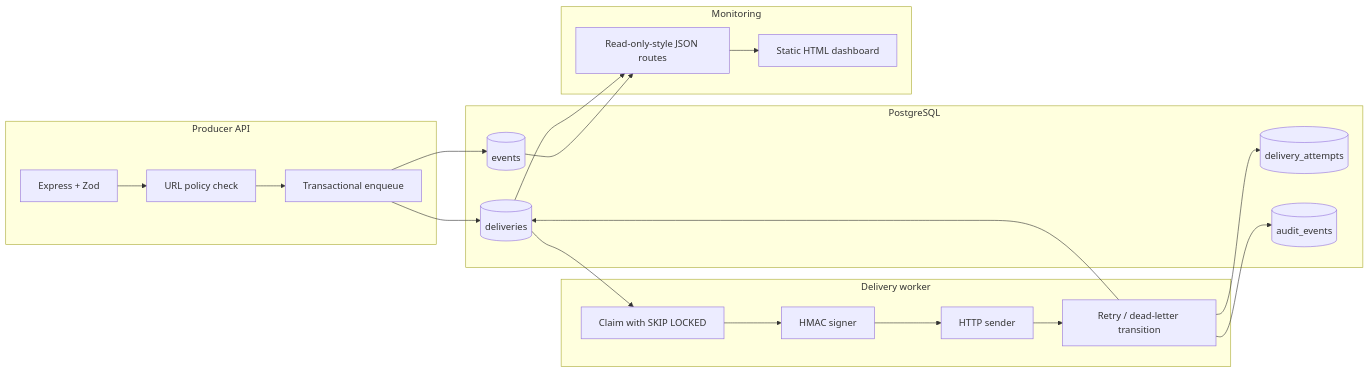
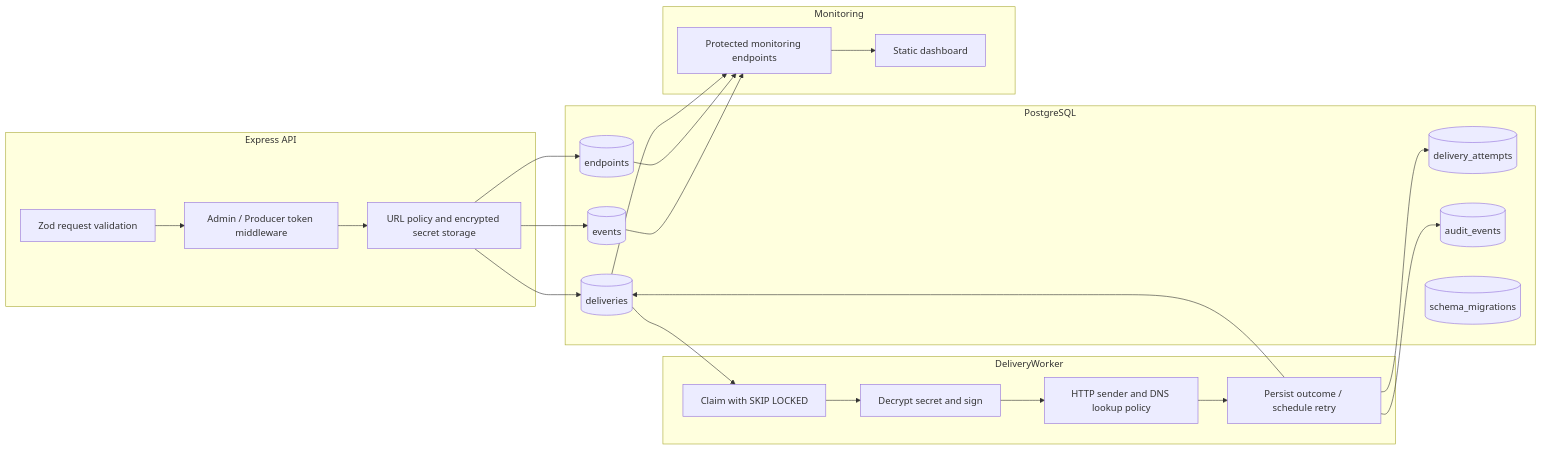
The second of 2 diagrams in README.md (tracolerd/outboxworks), drawn with Mermaid before and after one commit. The commit also changed other lines of this file and 19 other files, not shown here.

```diff
--- a/README.md
+++ b/README.md
@@ -110,36 +116,39 @@
 ~~~mermaid
 flowchart LR
-    subgraph API[Producer API]
-      A[Express + Zod]
-      B[URL policy check]
-      C[Transactional enqueue]
-      A --> B
-      B --> C
+    subgraph API[Express API]
+      A[Zod request validation]
+      B[Admin / Producer token middleware]
+      C[URL policy and encrypted secret storage]
+      A --> B --> C
     end
-    subgraph DB[PostgreSQL]
-      E[(events)]
+    subgraph PostgreSQL
+      E[(endpoints)]
+      V[(events)]
       D[(deliveries)]
       T[(delivery_attempts)]
-      AU[(audit_events)]
+      U[(audit_events)]
+      S[(schema_migrations)]
     end
-    subgraph Worker[Delivery worker]
+    subgraph DeliveryWorker
       W[Claim with SKIP LOCKED]
-      S[HMAC signer]
-      H[HTTP sender]
-      R[Retry / dead-letter transition]
-      W --> S --> H --> R
+      K[Decrypt secret and sign]
+      H[HTTP sender and DNS lookup policy]
+      R[Persist outcome / schedule retry]
+      W --> K --> H --> R
     end
-    subgraph Monitor[Monitoring]
-      M[Read-only-style JSON routes]
-      UI[Static HTML dashboard]
+    subgraph Monitoring
+      M[Protected monitoring endpoints]
+      UI[Static dashboard]
       M --> UI
     end
     C --> E
+    C --> V
     C --> D
     D --> W
     R --> D
     R --> T
-    R --> AU
+    R --> U
+    V --> M
     E --> M
     D --> M
 ~~~
```
